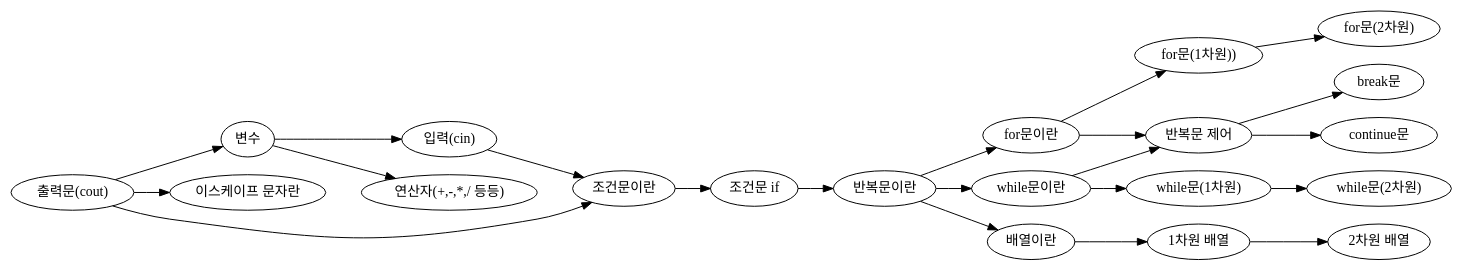
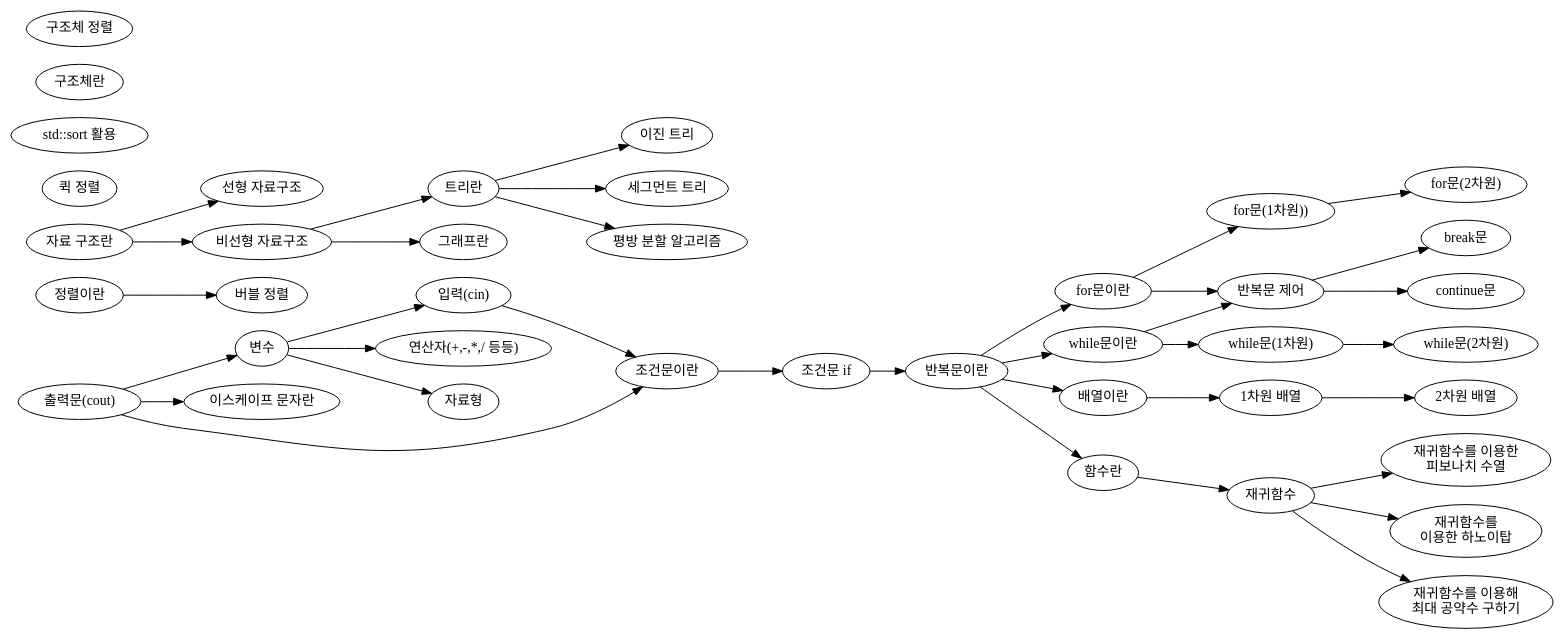
One commit to shinkeonkim/shinkeonkim.github.io changed the diagram in gv/curriculum.gv. Above: the diagram before and after it, drawn with Graphviz. The commit also changed 2 other files, not shown here.

```diff
--- a/gv/curriculum.gv
+++ b/gv/curriculum.gv
@@ -1,45 +1,82 @@
 // The Round Table
 digraph {
 	rankdir=LR
 	var [label="변수"]
 	input [label="입력(cin)"]
 	output [label="출력문(cout)"]
 	operator [label="연산자(+,-,*,/ 등등)"]
 	escape [label="이스케이프 문자란"]
 	loop [label="반복문이란"]
 	for [label="for문이란"]
 	for_1d [label="for문(1차원))"]
 	for_2d [label="for문(2차원)"]
 	while [label="while문이란"]
 	while_1d [label="while문(1차원)"]
 	while_2d [label="while문(2차원)"]
 	if_1 [label="조건문이란"]
 	if_2 [label="조건문 if"]
 	array [label="배열이란"]
 	array_1d [label="1차원 배열"]
 	array_2d [label="2차원 배열"]
 	loop_2 [label="반복문 제어"]
 	break [label="break문"]
 	continue [label="continue문"]
+	sort [label="정렬이란"]
+	bubble_sort [label="버블 정렬"]
+	data_structure [label="자료 구조란"]
+	linear [label="선형 자료구조"]
+	Nonlinear [label="비선형 자료구조"]
+	tree [label="트리란"]
+	"graph" [label="그래프란"]
+	binary_tree [label="이진 트리"]
+	segment_tree [label="세그먼트 트리"]
+	"Mo's Algorithm" [label="평방 분할 알고리즘"]
+	function [label="함수란"]
+	recursion [label="재귀함수"]
+	fibonacci [label="재귀함수를 이용한
+피보나치 수열"]
+	hanoi [label="재귀함수를
+이용한 하노이탑"]
+	gcd [label="재귀함수를 이용해
+최대 공약수 구하기"]
+	data_type [label="자료형"]
+	quick_sort [label="퀵 정렬"]
+	"std::sort" [label="std::sort 활용"]
+	structure [label="구조체란"]
+	structure_sort [label="구조체 정렬"]
 	output -> var
 	var -> input
 	var -> operator
+	var -> data_type
 	output -> escape
 	loop -> for
 	for -> for_1d
 	for_1d -> for_2d
 	loop -> while
 	while -> while_1d
 	while_1d -> while_2d
 	input -> if_1
 	output -> if_1
 	if_1 -> if_2
 	array -> array_1d
 	array_1d -> array_2d
 	loop -> array
 	for -> loop_2
 	while -> loop_2
 	loop_2 -> break
 	loop_2 -> continue
 	if_2 -> loop
+	sort -> bubble_sort
+	data_structure -> linear
+	data_structure -> Nonlinear
+	Nonlinear -> tree
+	Nonlinear -> "graph"
+	tree -> binary_tree
+	tree -> segment_tree
+	tree -> "Mo's Algorithm"
+	loop -> function
+	function -> recursion
+	recursion -> fibonacci
+	recursion -> hanoi
+	recursion -> gcd
 }
```
